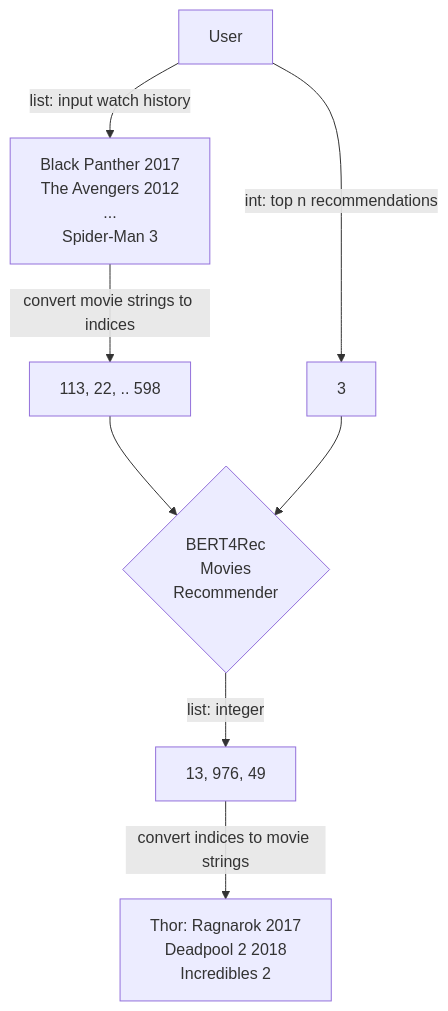
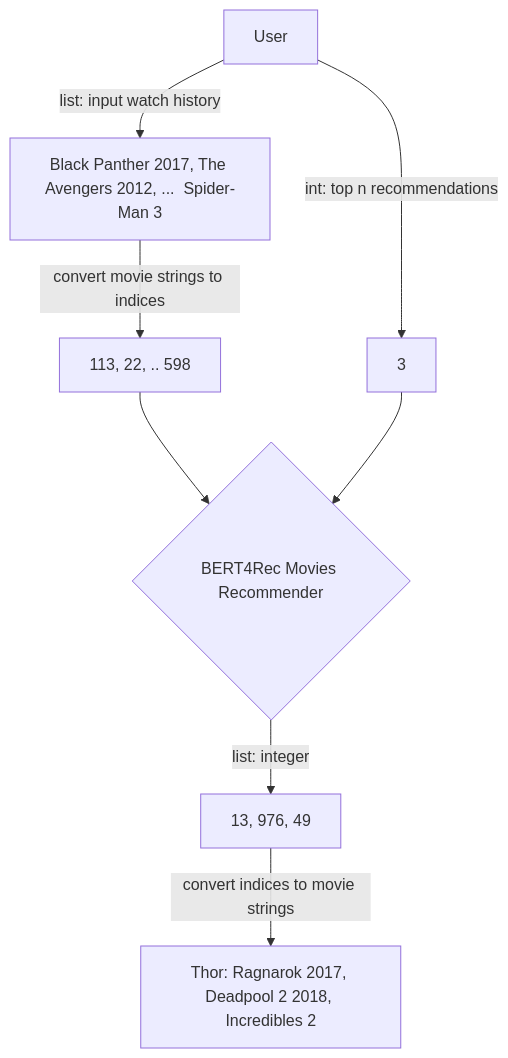
One commit to amrohendawi/recommender_BERT4Rec changed the diagram in README.md. Above: the diagram before and after it, drawn with Mermaid.

````diff
--- a/README.md
+++ b/README.md
@@ -7,10 +7,10 @@
 ```mermaid
 graph TD
-    A[User] -->|list: input watch history| B[Black Panther 2017\nThe Avengers 2012\n...\n Spider-Man 3]
+    A[User] -->|list: input watch history| B[Black Panther 2017, The Avengers 2012, ...  Spider-Man 3]
     A[User] -->|int: top n recommendations| B1[3]
     B --> |convert movie strings to indices| B2[113, 22, .. 598]
-    B2 --> C{BERT4Rec\nMovies\nRecommender}
-    B1 --> C{BERT4Rec\nMovies\nRecommender}
+    B2 --> C{BERT4Rec Movies Recommender}
+    B1 --> C{BERT4Rec Movies Recommender}
     C -->|list: integer| D1[13, 976, 49]
-    D1 --> |convert indices to movie strings| D[Thor: Ragnarok 2017\nDeadpool 2 2018\nIncredibles 2]
+    D1 --> |convert indices to movie strings| D[Thor: Ragnarok 2017, Deadpool 2 2018, Incredibles 2]
 ```
````
